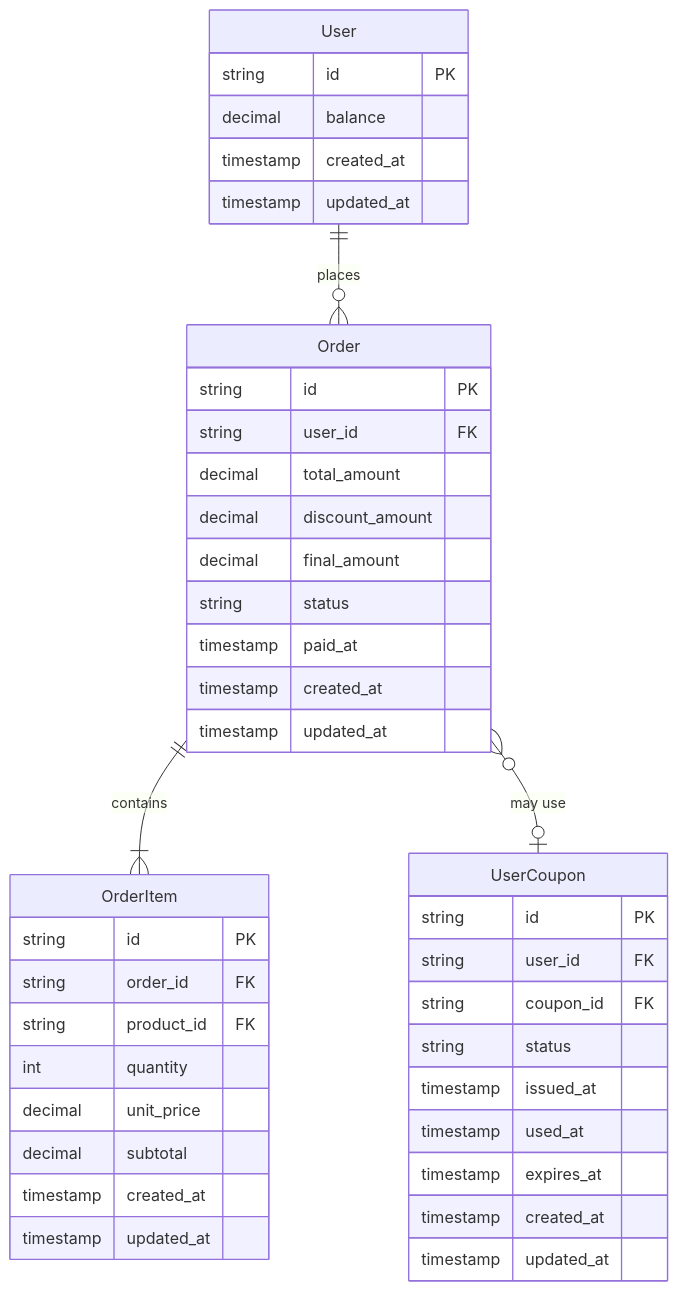
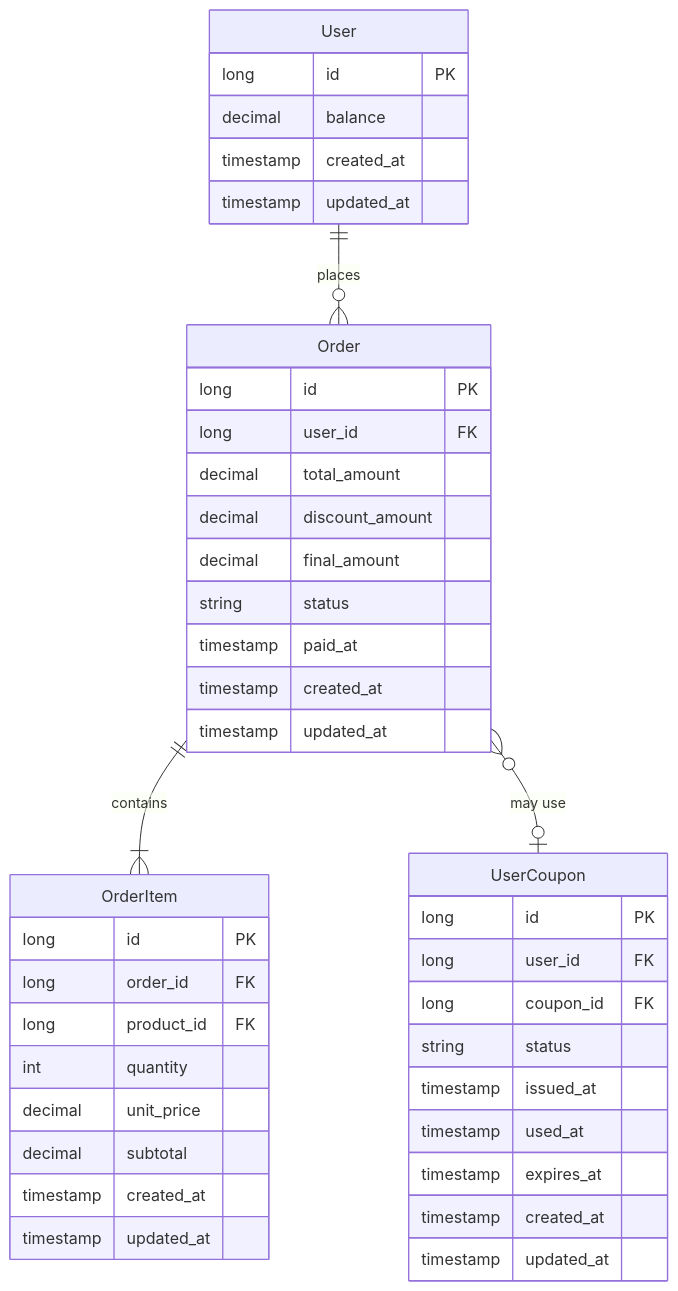
The fourth of 7 diagrams in docs/database-diagram.md (knowave/hhplus-ecommerce-kotlin), drawn with Mermaid before and after one commit. The commit also changed other lines of this file, not shown here.

Commit message:
FIX: shipping table diagram 추가

````diff
--- a/docs/database-diagram.md
+++ b/docs/database-diagram.md
@@ -266,48 +226,48 @@
 ```mermaid
 erDiagram
     User ||--o{ Order : "places"
     Order ||--|{ OrderItem : "contains"
     Order }o--o| UserCoupon : "may use"
 
     User {
-        string id PK
+        long id PK
         decimal balance
         timestamp created_at
         timestamp updated_at
     }
 
     Order {
-        string id PK
-        string user_id FK
+        long id PK
+        long user_id FK
         decimal total_amount
         decimal discount_amount
         decimal final_amount
         string status
         timestamp paid_at
         timestamp created_at
         timestamp updated_at
     }
 
     OrderItem {
-        string id PK
-        string order_id FK
-        string product_id FK
+        long id PK
+        long order_id FK
+        long product_id FK
         int quantity
         decimal unit_price
         decimal subtotal
         timestamp created_at
         timestamp updated_at
     }
 
     UserCoupon {
-        string id PK
-        string user_id FK
-        string coupon_id FK
+        long id PK
+        long user_id FK
+        long coupon_id FK
         string status
         timestamp issued_at
         timestamp used_at
         timestamp expires_at
         timestamp created_at
         timestamp updated_at
     }
 ```
````
